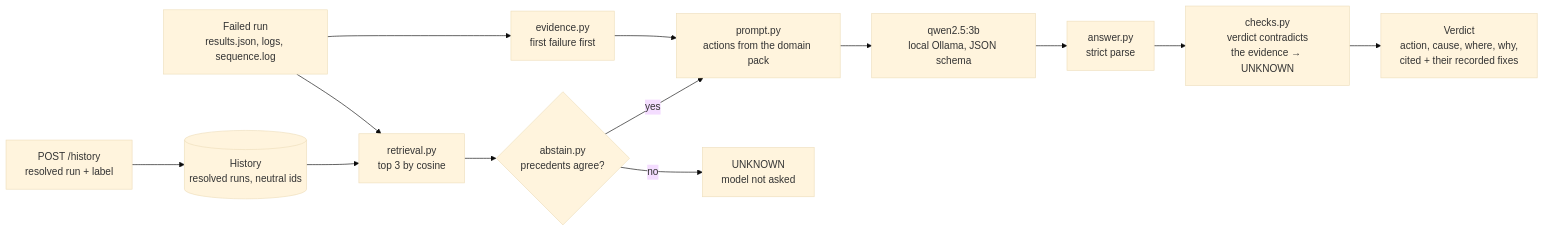
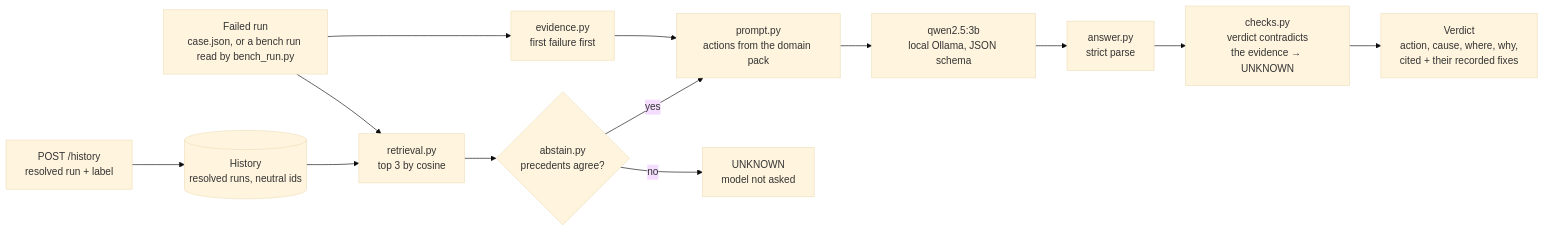
Before and after one commit to kaustubhagarwal18/virtual-rf-testbench: the fifth of 6 diagrams in docs/ARCHITECTURE.md, drawn with Mermaid (base theme). The commit also changed other lines of this file and 15 other files, not shown here.

````diff
--- a/docs/ARCHITECTURE.md
+++ b/docs/ARCHITECTURE.md
@@ -212,15 +212,15 @@
 ```mermaid
 flowchart LR
-    run["Failed run<br/>results.json, logs, sequence.log"] --> ev["evidence.py<br/>first failure first"]
+    run["Failed run<br/>case.json, or a bench run read by bench_run.py"] --> ev["evidence.py<br/>first failure first"]
     hist[("History<br/>resolved runs, neutral ids")] --> ret["retrieval.py<br/>top 3 by cosine"]
     run --> ret
     ev --> pr["prompt.py<br/>actions from the domain pack"]
     ret --> gate{"abstain.py<br/>precedents agree?"}
     gate -- yes --> pr
     gate -- no --> unk["UNKNOWN<br/>model not asked"]
     pr --> llm["qwen2.5:3b<br/>local Ollama, JSON schema"]
     llm --> an["answer.py<br/>strict parse"]
     an --> chk["checks.py<br/>verdict contradicts<br/>the evidence → UNKNOWN"]
     chk --> verdict["Verdict<br/>action, cause, where, why,<br/>cited + their recorded fixes"]
     api["POST /history<br/>resolved run + label"] --> hist
 ```
````
